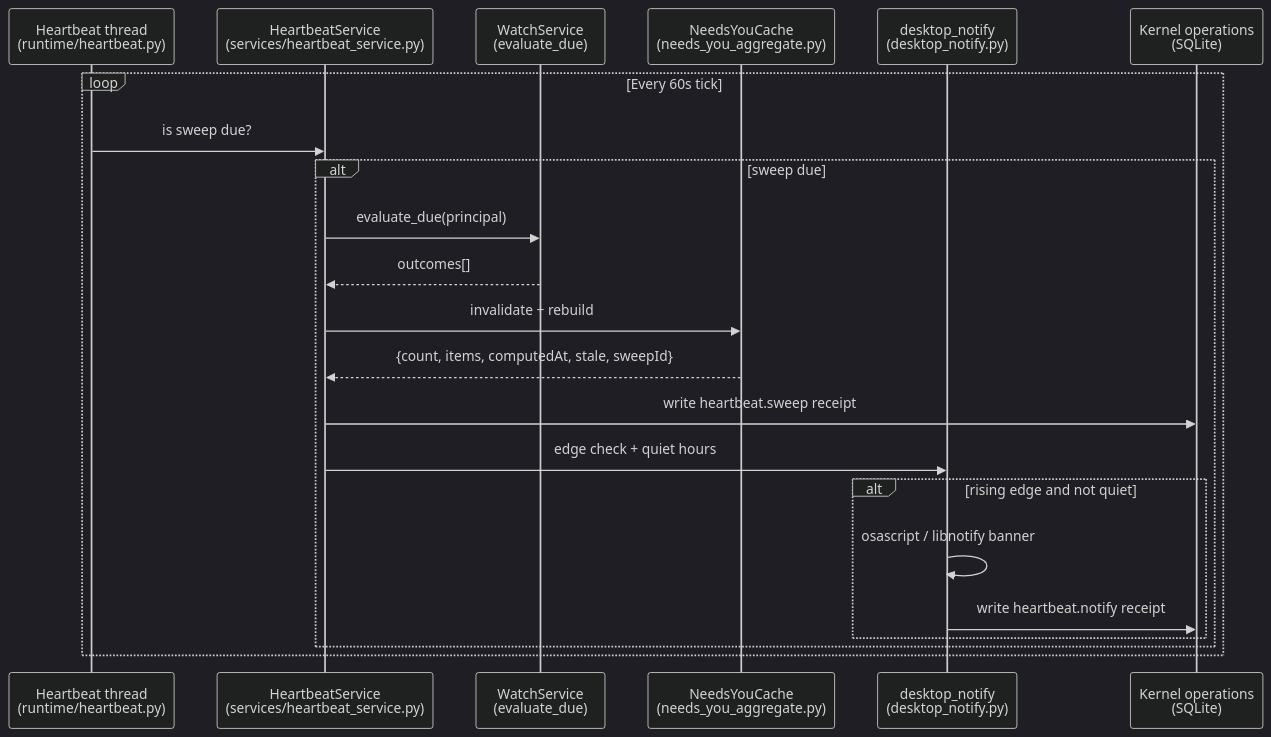
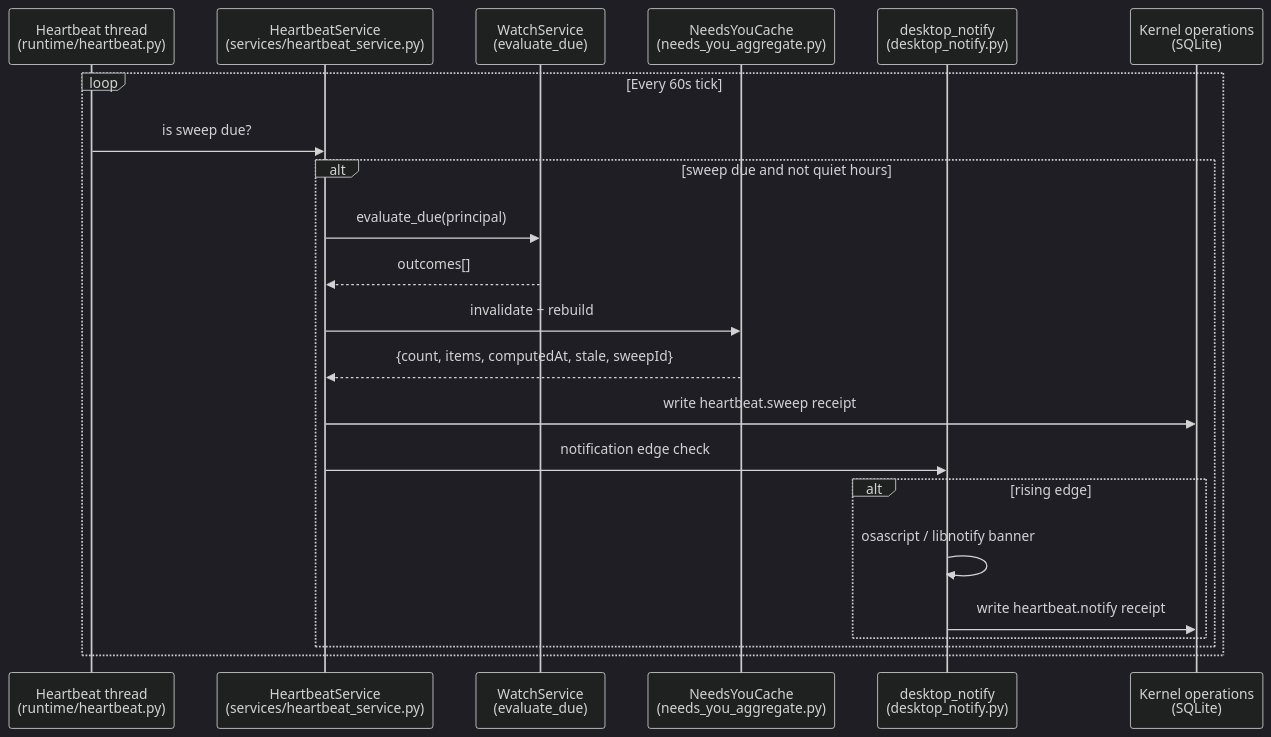
Before and after one commit to karolswdev/HoldSpeak: diagram 12 of 16 in docs/ARCHITECTURE.md, drawn with Mermaid (dark theme). The commit also changed other lines of this file and 25 other files, not shown here.

````diff
--- a/docs/ARCHITECTURE.md
+++ b/docs/ARCHITECTURE.md
@@ -865,25 +931,25 @@
 ```mermaid
 sequenceDiagram
   participant HB as Heartbeat thread<br/>(runtime/heartbeat.py)
   participant HS as HeartbeatService<br/>(services/heartbeat_service.py)
   participant WS as WatchService<br/>(evaluate_due)
   participant AGG as NeedsYouCache<br/>(needs_you_aggregate.py)
   participant DN as desktop_notify<br/>(desktop_notify.py)
   participant KO as Kernel operations<br/>(SQLite)
 
   loop Every 60s tick
     HB->>HS: is sweep due?
-    alt sweep due
+    alt sweep due and not quiet hours
       HS->>WS: evaluate_due(principal)
       WS-->>HS: outcomes[]
       HS->>AGG: invalidate + rebuild
       AGG-->>HS: {count, items, computedAt, stale, sweepId}
       HS->>KO: write heartbeat.sweep receipt
-      HS->>DN: edge check + quiet hours
-      alt rising edge and not quiet
+      HS->>DN: notification edge check
+      alt rising edge
         DN->>DN: osascript / libnotify banner
         DN->>KO: write heartbeat.notify receipt
       end
     end
   end
 ```
````
